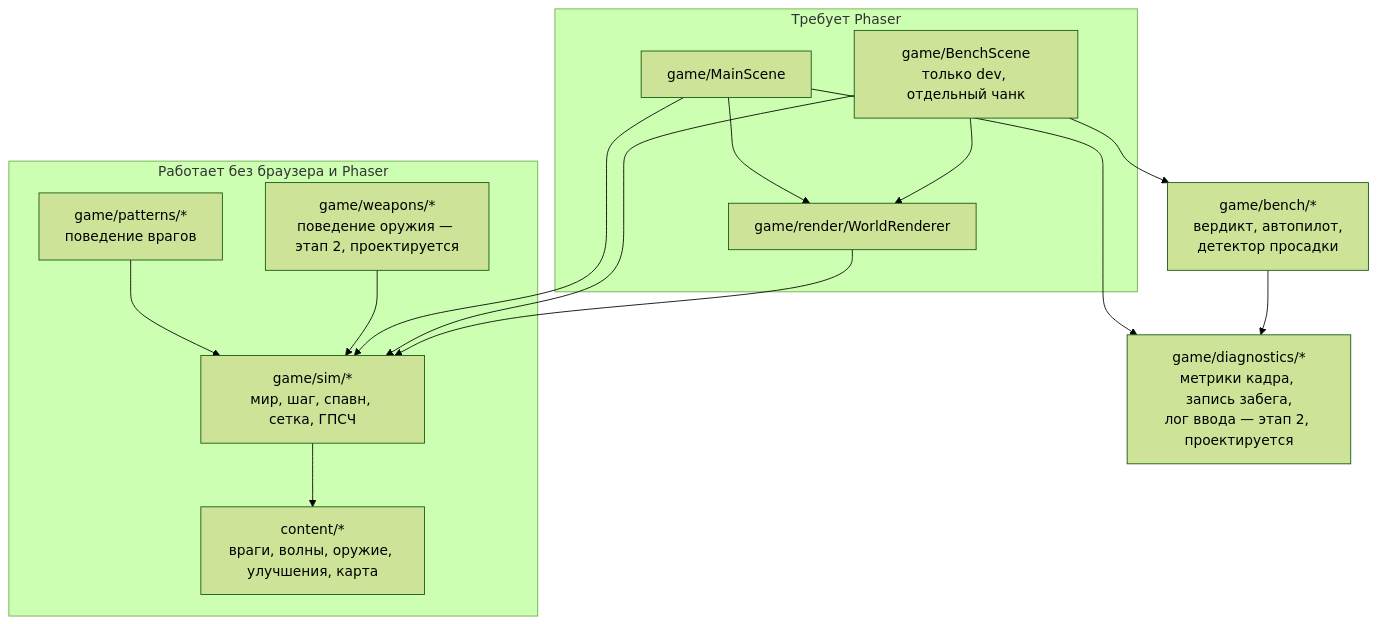
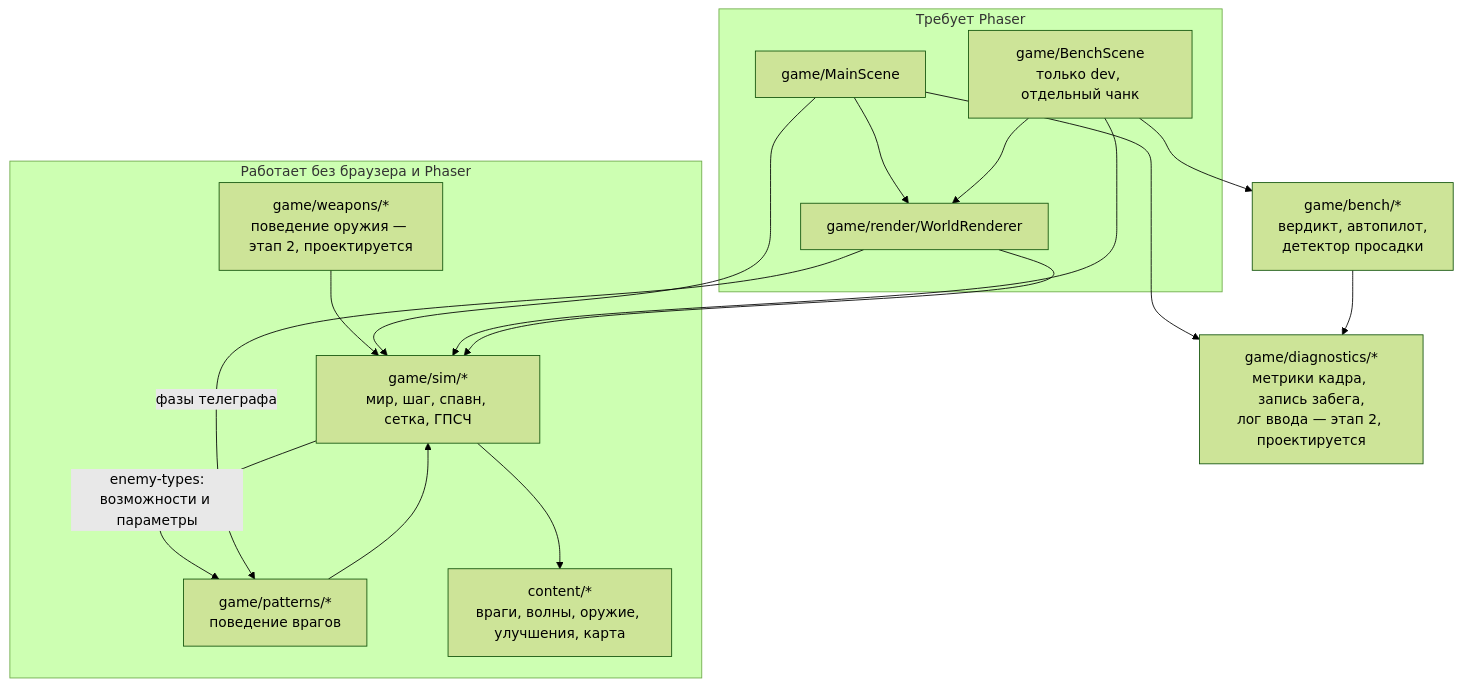
One commit to JJSGxKD/rubezh changed the sixth of 17 diagrams in docs/21-diagrams.md. Above: the diagram before and after it, drawn with Mermaid (forest theme). The commit also changed other lines of this file and 33 other files, not shown here.

````diff
--- a/docs/21-diagrams.md
+++ b/docs/21-diagrams.md
@@ -407,30 +407,32 @@
 ```mermaid
 flowchart TD
     subgraph headless["Работает без браузера и Phaser"]
         SIM["game/sim/*<br/>мир, шаг, спавн, сетка, ГПСЧ"]
         PAT["game/patterns/*<br/>поведение врагов"]
         WPN["game/weapons/*<br/>поведение оружия — этап 2, проектируется"]
         CNT["content/*<br/>враги, волны, оружие, улучшения, карта"]
     end
 
     subgraph rendered["Требует Phaser"]
         MS["game/MainScene"]
         BS["game/BenchScene<br/>только dev, отдельный чанк"]
         WR["game/render/WorldRenderer"]
     end
 
     BM["game/bench/*<br/>вердикт, автопилот,<br/>детектор просадки"]
     DG["game/diagnostics/*<br/>метрики кадра, запись забега,<br/>лог ввода — этап 2, проектируется"]
 
     PAT --> SIM
+    SIM -- "enemy-types:<br/>возможности и параметры" --> PAT
     WPN --> SIM
     SIM --> CNT
+    WR -- "фазы телеграфа" --> PAT
     MS --> SIM
     MS --> WR
     MS --> DG
     BS --> SIM
     BS --> WR
     BS --> BM
     BM --> DG
     WR --> SIM
 ```
````
